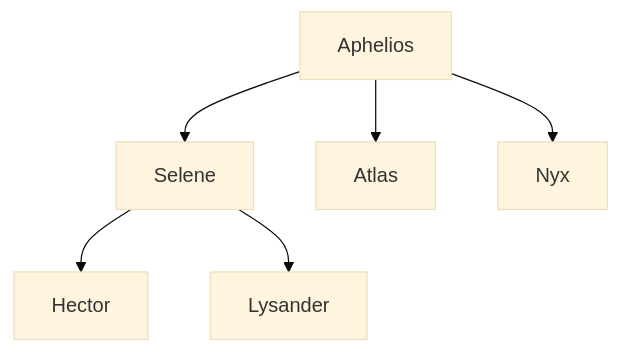
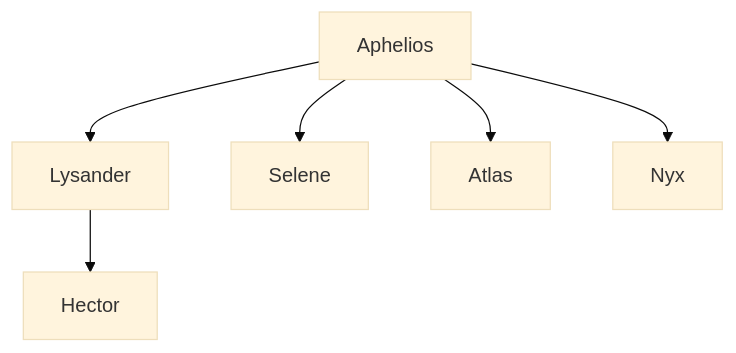
Before and after one commit to Ben-Ganon/Obsidian_Olympus_DnD: the diagram in DM Stuff/Characters/The Cult of the Bull.md, drawn with Mermaid (base theme). The commit also changed other lines of this file and 21 other files, not shown here.

````diff
--- a/DM Stuff/Characters/The Cult of the Bull.md
+++ b/DM Stuff/Characters/The Cult of the Bull.md
@@ -2,7 +2,7 @@
 ```mermaid
 graph TD;
-Aphelios --> Selene --> Hector
-Selene --> Lysander
+Aphelios --> Lysander --> Hector
+Aphelios --> Selene
 Aphelios --> Atlas
 Aphelios --> Nyx
 ```
````
